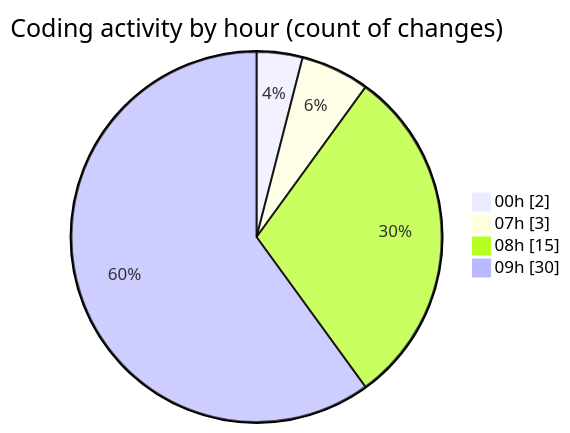
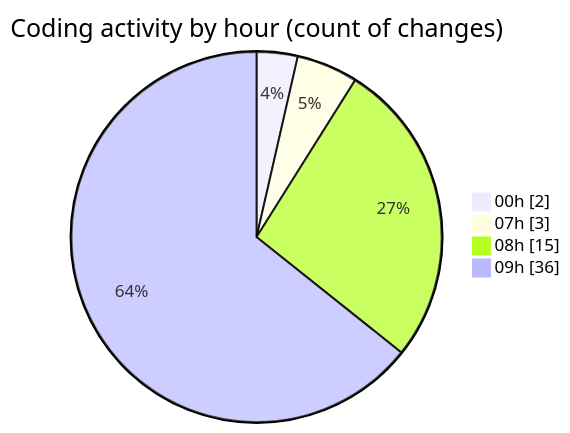
The second of 2 diagrams in 2025-02-10/maps_clone/README.md (donsfak/code-tracking), drawn with Mermaid before and after one commit. The commit also changed other lines of this file and 1 other file, not shown here.

````diff
--- a/2025-02-10/maps_clone/README.md
+++ b/2025-02-10/maps_clone/README.md
@@ -38,8 +38,8 @@
 ```mermaid
 pie showData
 title Coding activity by hour (count of changes)
 "00h" : 2
 "07h" : 3
 "08h" : 15
-"09h" : 30
+"09h" : 36
 ```
````
